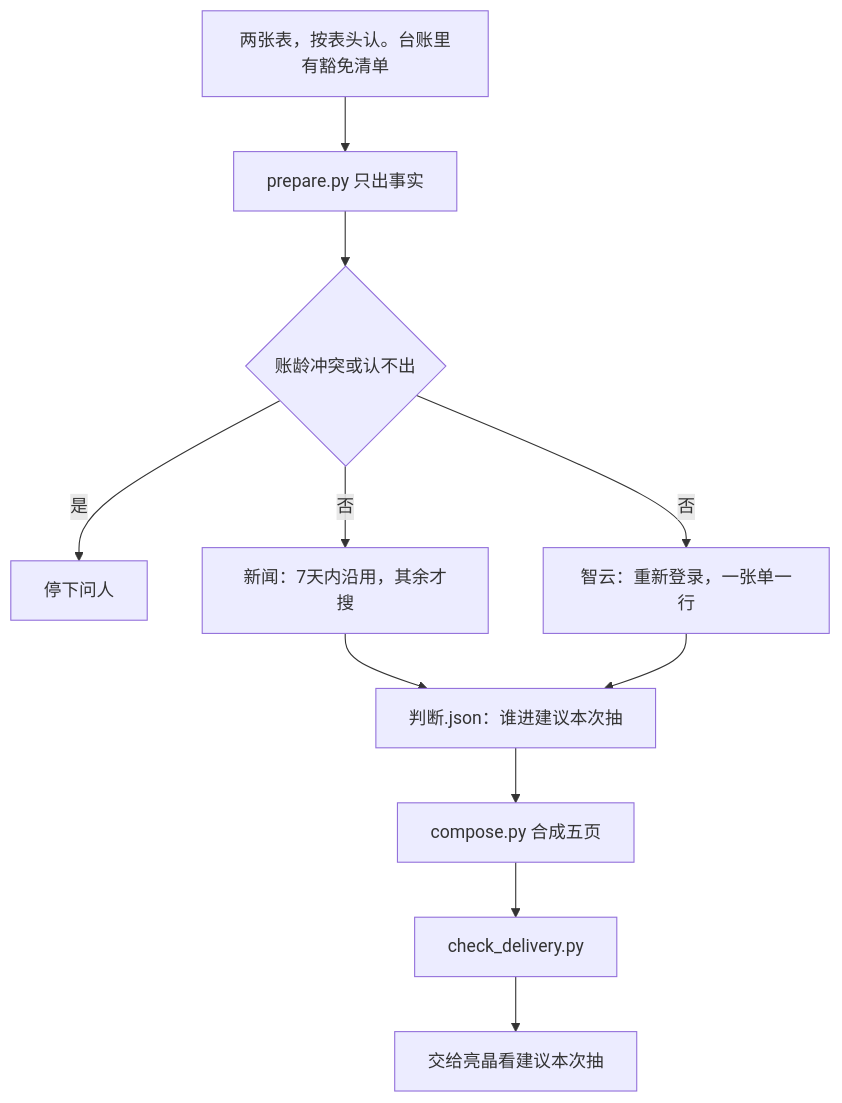
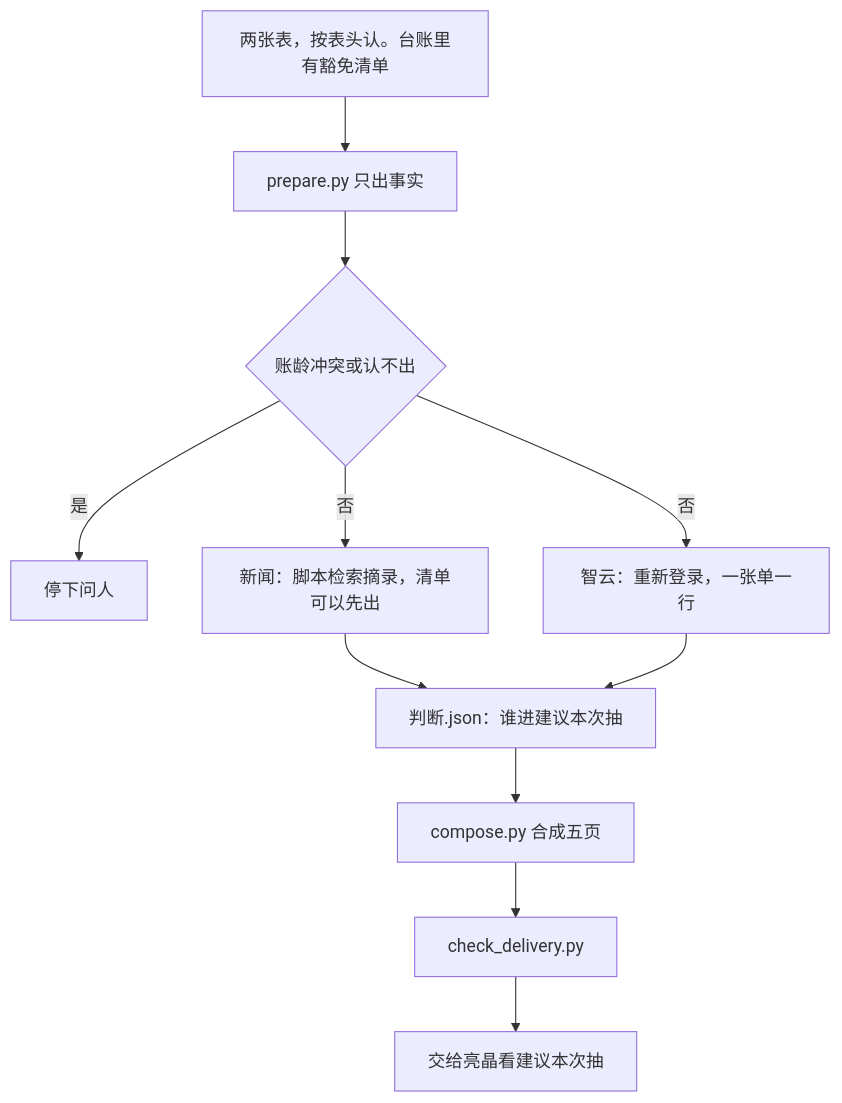
One commit to EvanLee2004/finance-skills changed the diagram in skills/ar-spot-check/README.md. Above: the diagram before and after it, drawn with Mermaid. The commit also changed other lines of this file and 11 other files, not shown here.

````diff
--- a/skills/ar-spot-check/README.md
+++ b/skills/ar-spot-check/README.md
@@ -7,13 +7,13 @@
 ```mermaid
 flowchart TD
   A[两张表，按表头认。台账里有豁免清单] --> B[prepare.py 只出事实]
   B --> C{账龄冲突或认不出}
   C -->|是| Q[停下问人]
-  C -->|否| D[新闻：7天内沿用，其余才搜]
+  C -->|否| D[新闻：脚本检索摘录，清单可以先出]
   C -->|否| E[智云：重新登录，一张单一行]
   D --> J[判断.json：谁进建议本次抽]
   E --> J
   J --> F[compose.py 合成五页]
   F --> G[check_delivery.py]
   G --> H[交给亮晶看建议本次抽]
 ```
````
